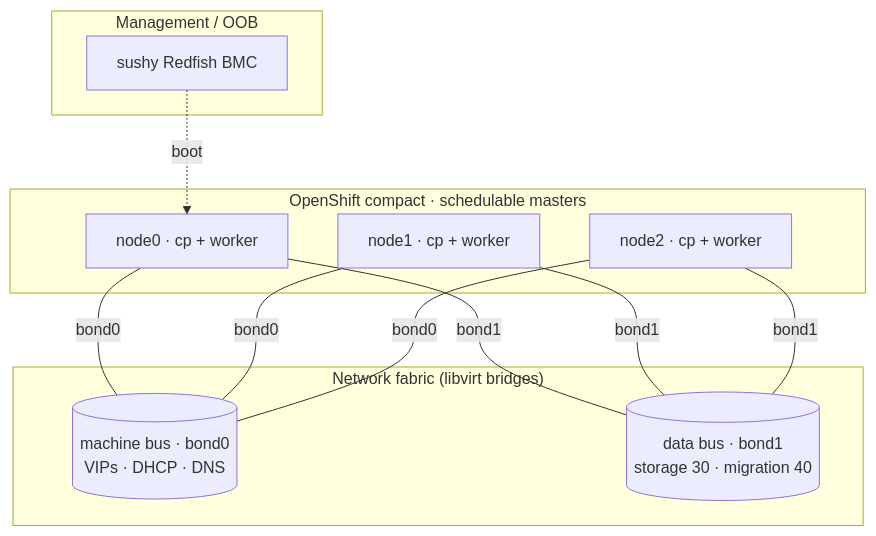
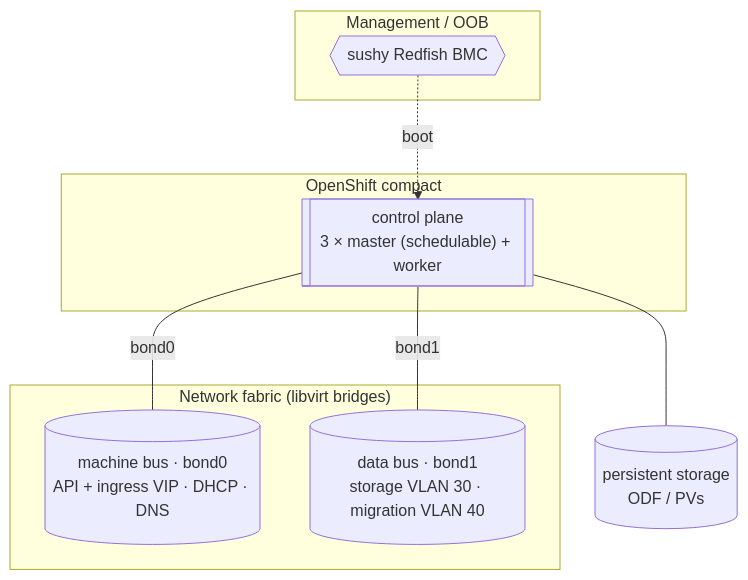
One commit to maci0/vmetal-openshift changed the seventh of 10 diagrams in docs/architecture.md. Above: the diagram before and after it, drawn with Mermaid. The commit also changed other lines of this file and 13 other files, not shown here.

First line of the commit message:
docs: RH-style reference-architecture topology diagrams + programmatic render

````diff
--- a/docs/architecture.md
+++ b/docs/architecture.md
@@ -270,22 +275,18 @@
 ```mermaid
 flowchart TB
   subgraph mgmt["Management / OOB"]
-    sushy["sushy Redfish BMC"]
+    sushy{{"sushy Redfish BMC"}}
   end
-  subgraph cluster["OpenShift compact · schedulable masters"]
-    c0["node0 · cp + worker"]
-    c1["node1 · cp + worker"]
-    c2["node2 · cp + worker"]
+  subgraph cluster["OpenShift compact"]
+    cp[["control plane<br/>3 × master (schedulable) + worker"]]
   end
   subgraph fabric["Network fabric (libvirt bridges)"]
-    mach[("machine bus · bond0<br/>VIPs · DHCP · DNS")]
-    data[("data bus · bond1<br/>storage 30 · migration 40")]
+    mach[("machine bus · bond0<br/>API + ingress VIP · DHCP · DNS")]
+    data[("data bus · bond1<br/>storage VLAN 30 · migration VLAN 40")]
   end
-  sushy -. boot .-> c0
-  c0 -- bond0 --- mach
-  c1 -- bond0 --- mach
-  c2 -- bond0 --- mach
-  c0 -- bond1 --- data
-  c1 -- bond1 --- data
-  c2 -- bond1 --- data
+  store[("persistent storage<br/>ODF / PVs")]
+  sushy -. boot .-> cp
+  cp -- bond0 --- mach
+  cp -- bond1 --- data
+  cp --- store
 ```
````
